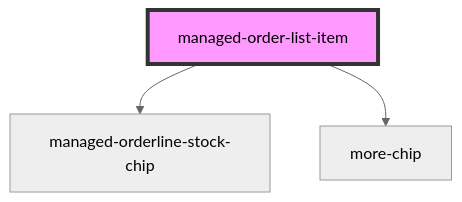
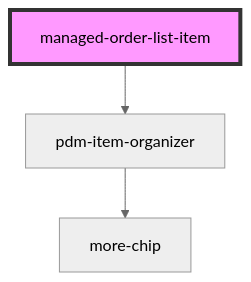
One commit to PharmaLedger-IMI/fgt-workspace changed the diagram in pdm-web-components/src/components/managed-order-list-item/readme.md. Above: the diagram before and after it, drawn with Mermaid (neutral theme). The commit also changed other lines of this file and 26 other files, not shown here.

````diff
--- a/pdm-web-components/src/components/managed-order-list-item/readme.md
+++ b/pdm-web-components/src/components/managed-order-list-item/readme.md
@@ -46,6 +44,6 @@
 ```mermaid
 graph TD;
-  managed-order-list-item --> managed-orderline-stock-chip
-  managed-order-list-item --> more-chip
+  managed-order-list-item --> pdm-item-organizer
+  pdm-item-organizer --> more-chip
   style managed-order-list-item fill:#f9f,stroke:#333,stroke-width:4px
 ```
````
